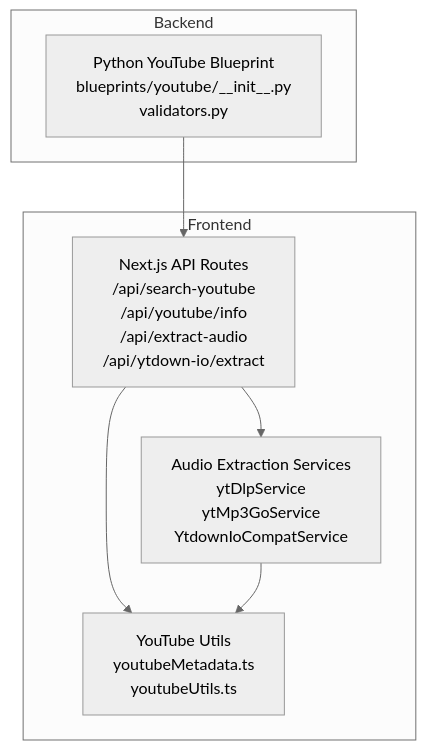
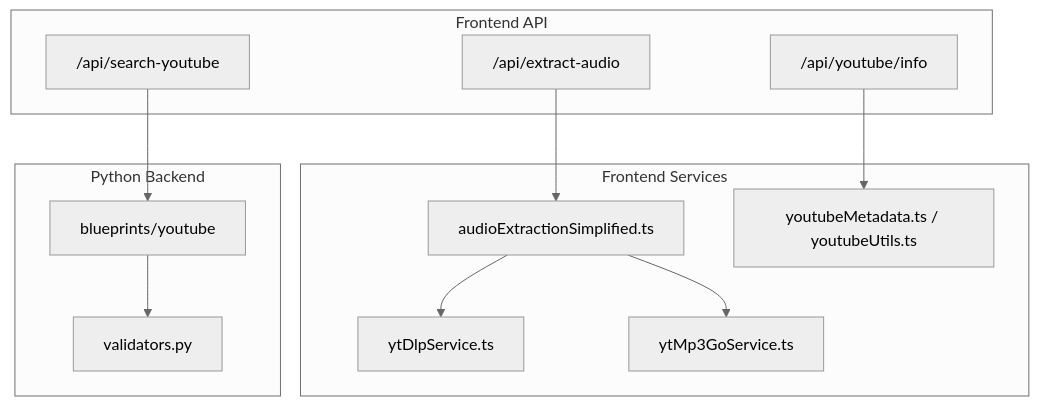
The first of 3 diagrams in .qoder/repowiki/en/content/Architecture and Design/Backend Architecture/Blueprint Organization/YouTube Blueprint.md (ptnghia-j/ChordMiniApp), drawn with Mermaid (neutral theme) before and after one commit. The commit also changed other lines of this file and 18 other files, not shown here.

````diff
--- a/.qoder/repowiki/en/content/Architecture and Design/Backend Architecture/Blueprint Organization/YouTube Blueprint.md
+++ b/.qoder/repowiki/en/content/Architecture and Design/Backend Architecture/Blueprint Organization/YouTube Blueprint.md
@@ -43,15 +25,24 @@
 ```mermaid
 graph TB
-subgraph "Frontend"
-FE_API["Next.js API Routes<br/>/api/search-youtube<br/>/api/youtube/info<br/>/api/extract-audio<br/>/api/ytdown-io/extract"]
-FE_SERVICES["Audio Extraction Services<br/>ytDlpService<br/>ytMp3GoService<br/>YtdownIoCompatService"]
-FE_UTILS["YouTube Utils<br/>youtubeMetadata.ts<br/>youtubeUtils.ts"]
+subgraph "Frontend API"
+SEARCH["/api/search-youtube"]
+INFO["/api/youtube/info"]
+EXTRACT["/api/extract-audio"]
 end
-subgraph "Backend"
-PY_BP["Python YouTube Blueprint<br/>blueprints/youtube/__init__.py<br/>validators.py"]
+subgraph "Frontend Services"
+AES["audioExtractionSimplified.ts"]
+DLP["ytDlpService.ts"]
+MP3["ytMp3GoService.ts"]
+UTILS["youtubeMetadata.ts / youtubeUtils.ts"]
 end
-FE_API --> FE_SERVICES
-FE_API --> FE_UTILS
-FE_SERVICES --> FE_UTILS
-PY_BP --> FE_API
+subgraph "Python Backend"
+PY["blueprints/youtube"]
+VAL["validators.py"]
+end
+SEARCH --> PY
+PY --> VAL
+INFO --> UTILS
+EXTRACT --> AES
+AES --> MP3
+AES --> DLP
 ```
````
